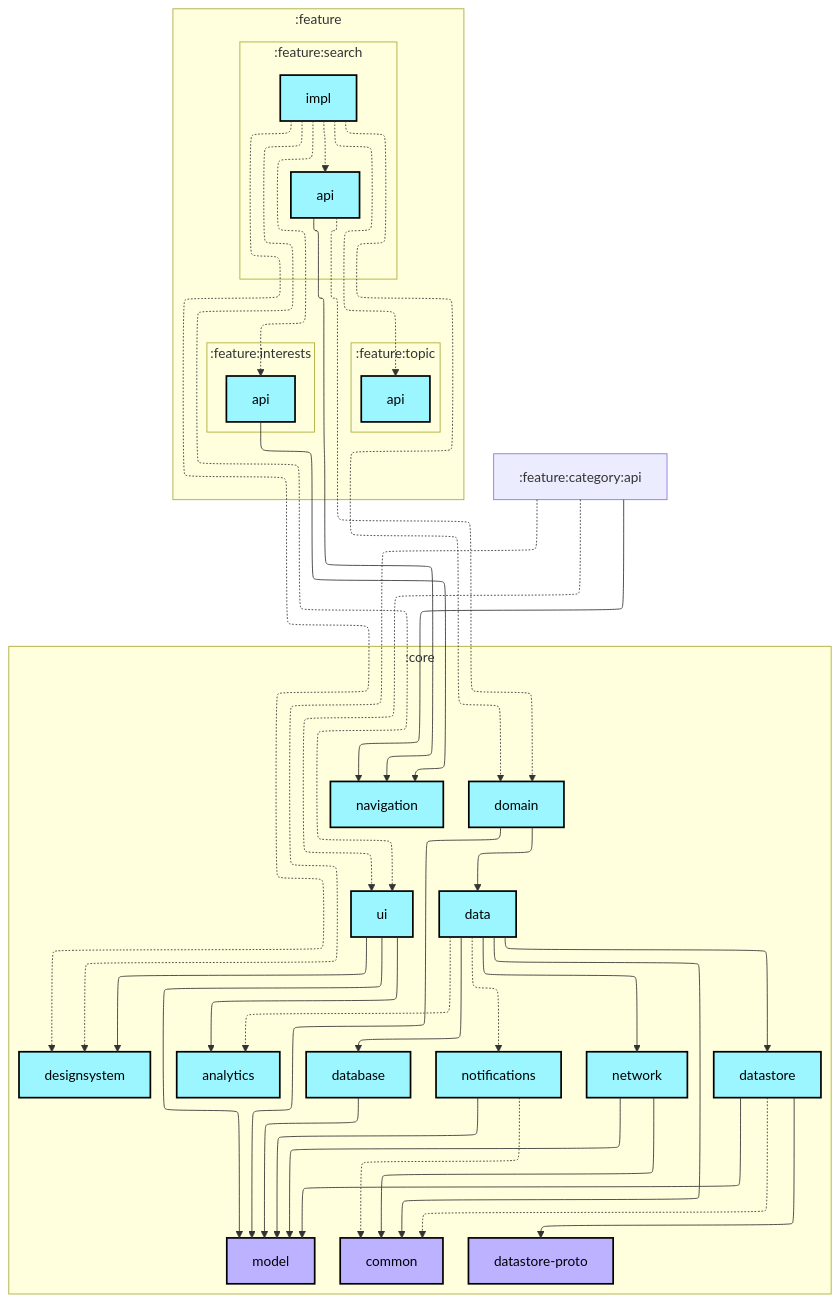
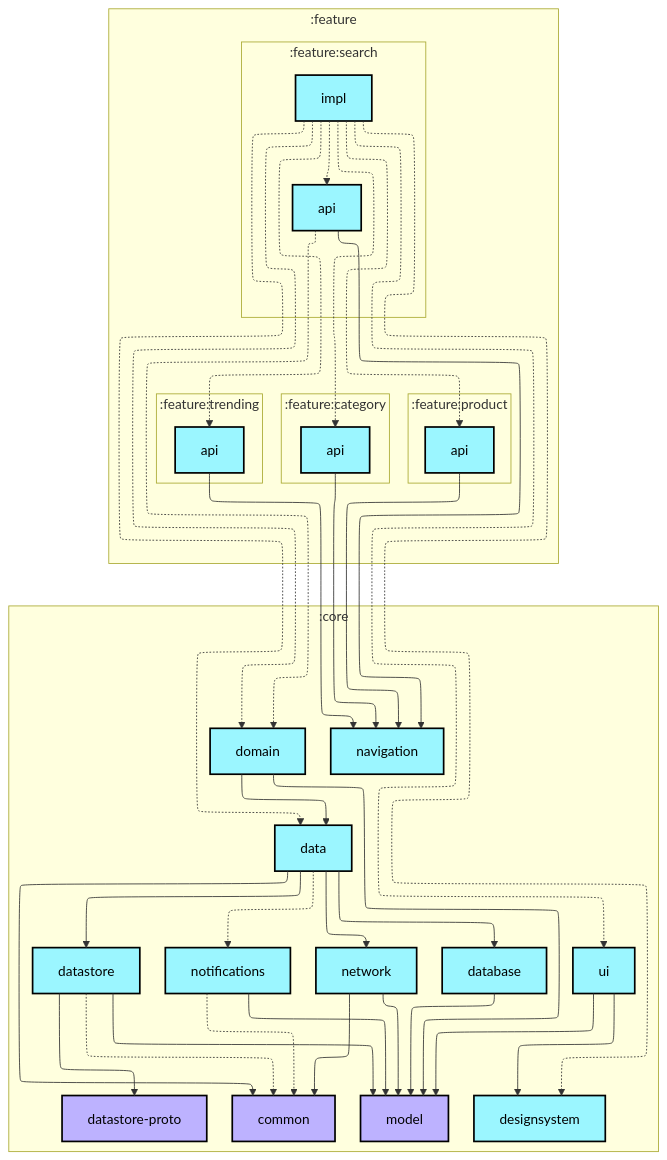
One commit to AshishMK/JetUpdates changed the first of 2 diagrams in feature/search/impl/README.md. Above: the diagram before and after it, drawn with Mermaid. The commit also changed 15 other files, not shown here.

Commit message:
feat: hideBottomBar logic All pull requests completed after PR # 2003Migrate project to Jetpack Navigation 3 to PR #2100 Update README graphs with correct datastore-proto plugin

````diff
--- a/feature/search/impl/README.md
+++ b/feature/search/impl/README.md
@@ -6,80 +6,82 @@
 ```mermaid
 ---
 config:
   layout: elk
   elk:
     nodePlacementStrategy: SIMPLE
 ---
 graph TB
   subgraph :feature
     direction TB
     subgraph :feature:search
       direction TB
       :feature:search:api[api]:::android-library
       :feature:search:impl[impl]:::android-library
     end
-    subgraph :feature:interests
+    subgraph :feature:trending
       direction TB
-      :feature:interests:api[api]:::android-library
+      :feature:trending:api[api]:::android-library
     end
-    subgraph :feature:topic
+    subgraph :feature:category
       direction TB
-      :feature:topic:api[api]:::android-library
+      :feature:category:api[api]:::android-library
+    end
+    subgraph :feature:product
+      direction TB
+      :feature:product:api[api]:::android-library
     end
   end
   subgraph :core
     direction TB
-    :core:analytics[analytics]:::android-library
     :core:common[common]:::jvm-library
     :core:data[data]:::android-library
     :core:database[database]:::android-library
     :core:datastore[datastore]:::android-library
     :core:datastore-proto[datastore-proto]:::jvm-library
     :core:designsystem[designsystem]:::android-library
     :core:domain[domain]:::android-library
     :core:model[model]:::jvm-library
     :core:navigation[navigation]:::android-library
     :core:network[network]:::android-library
     :core:notifications[notifications]:::android-library
     :core:ui[ui]:::android-library
   end
 
-  :core:data -.-> :core:analytics
   :core:data --> :core:common
   :core:data --> :core:database
   :core:data --> :core:datastore
   :core:data --> :core:network
   :core:data -.-> :core:notifications
   :core:database --> :core:model
   :core:datastore -.-> :core:common
   :core:datastore --> :core:datastore-proto
   :core:datastore --> :core:model
   :core:domain --> :core:data
   :core:domain --> :core:model
   :core:network --> :core:common
   :core:network --> :core:model
   :core:notifications -.-> :core:common
   :core:notifications --> :core:model
-  :core:ui --> :core:analytics
   :core:ui --> :core:designsystem
   :core:ui --> :core:model
-  :feature:interests:api --> :core:navigation
+  :feature:category:api --> :core:navigation
+  :feature:product:api --> :core:navigation
   :feature:search:api -.-> :core:domain
   :feature:search:api --> :core:navigation
+  :feature:search:impl -.-> :core:data
   :feature:search:impl -.-> :core:designsystem
   :feature:search:impl -.-> :core:domain
   :feature:search:impl -.-> :core:ui
-  :feature:search:impl -.-> :feature:interests:api
+  :feature:search:impl -.-> :feature:category:api
+  :feature:search:impl -.-> :feature:product:api
   :feature:search:impl -.-> :feature:search:api
-  :feature:search:impl -.-> :feature:topic:api
-  :feature:category:api -.-> :core:designsystem
-  :feature:category:api --> :core:navigation
-  :feature:category:api -.-> :core:ui
+  :feature:search:impl -.-> :feature:trending:api
+  :feature:trending:api --> :core:navigation
 
 classDef android-application fill:#CAFFBF,stroke:#000,stroke-width:2px,color:#000;
 classDef android-feature fill:#FFD6A5,stroke:#000,stroke-width:2px,color:#000;
 classDef android-library fill:#9BF6FF,stroke:#000,stroke-width:2px,color:#000;
 classDef android-test fill:#A0C4FF,stroke:#000,stroke-width:2px,color:#000;
 classDef jvm-library fill:#BDB2FF,stroke:#000,stroke-width:2px,color:#000;
 classDef unknown fill:#FFADAD,stroke:#000,stroke-width:2px,color:#000;
 ```
````
